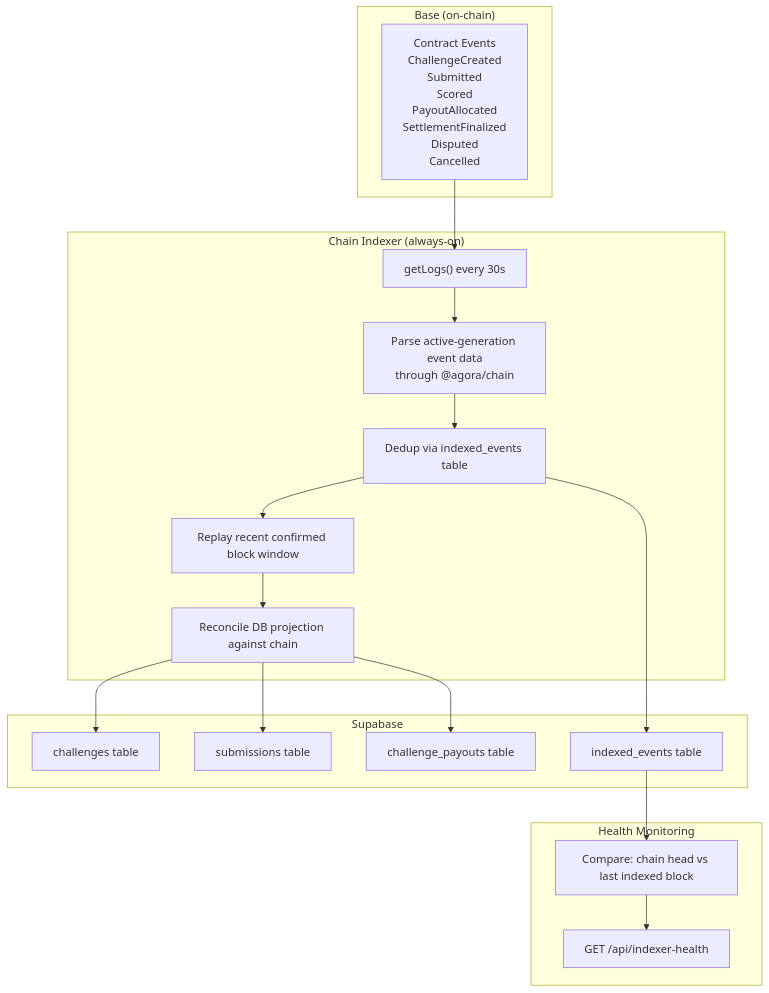
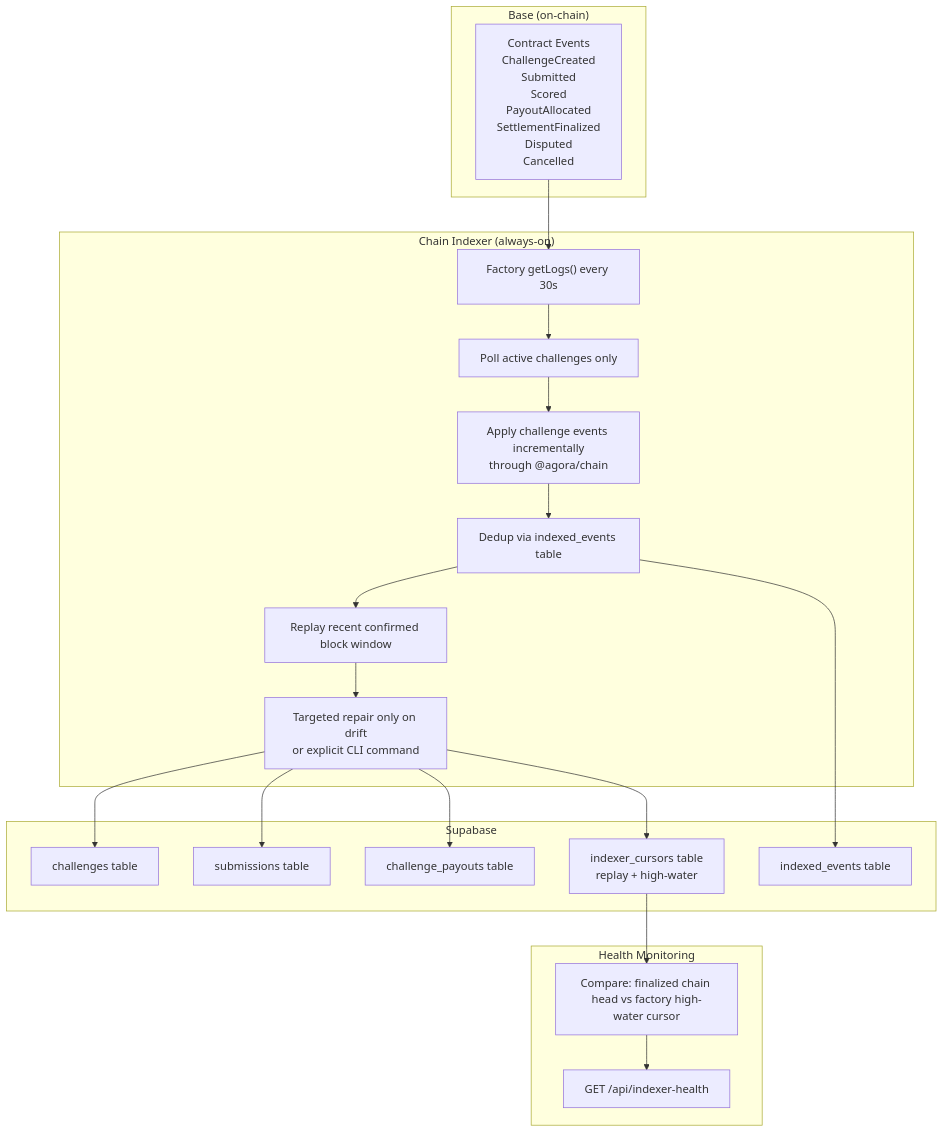
Diagram 15 of 16 in docs/architecture.md (andymolecule/Hermes), drawn with Mermaid before and after one commit. The commit also changed other lines of this file and 11 other files, not shown here.

Commit message:
Refactor indexer hot path around active challenge polling

````diff
--- a/docs/architecture.md
+++ b/docs/architecture.md
@@ -685,38 +685,42 @@
 ```mermaid
 flowchart TB
     subgraph Chain["Base (on-chain)"]
         Events["Contract Events<br/>ChallengeCreated<br/>Submitted<br/>Scored<br/>PayoutAllocated<br/>SettlementFinalized<br/>Disputed<br/>Cancelled"]
     end
 
     subgraph Indexer["Chain Indexer (always-on)"]
-        Poller["getLogs() every 30s"]
-        Parser["Parse active-generation event data<br/>through @agora/chain"]
+        Poller["Factory getLogs() every 30s"]
+        Active["Poll active challenges only"]
+        Parser["Apply challenge events incrementally<br/>through @agora/chain"]
         Dedup["Dedup via indexed_events table"]
         Replay["Replay recent confirmed block window"]
-        Reconcile["Reconcile DB projection against chain"]
+        Repair["Targeted repair only on drift<br/>or explicit CLI command"]
     end
 
     subgraph DB["Supabase"]
         CT["challenges table"]
         ST["submissions table"]
         PT["challenge_payouts table"]
         IE["indexed_events table"]
+        IC["indexer_cursors table<br/>replay + high-water"]
     end
 
     subgraph Monitor["Health Monitoring"]
         Health["GET /api/indexer-health"]
-        Lag["Compare: chain head vs last indexed block"]
+        Lag["Compare: finalized chain head vs factory high-water cursor"]
     end
 
     Events --> Poller
-    Poller --> Parser
+    Poller --> Active
+    Active --> Parser
     Parser --> Dedup
     Dedup --> Replay
-    Replay --> Reconcile
-    Reconcile --> CT
-    Reconcile --> ST
-    Reconcile --> PT
+    Replay --> Repair
+    Repair --> CT
+    Repair --> ST
+    Repair --> PT
+    Repair --> IC
     Dedup --> IE
-    IE --> Lag
+    IC --> Lag
     Lag --> Health
 ```
````
